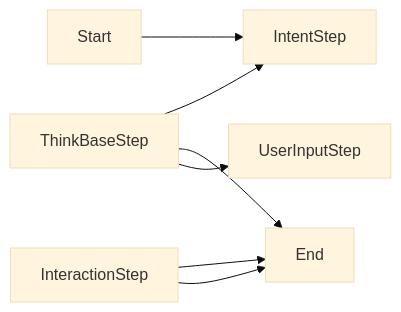
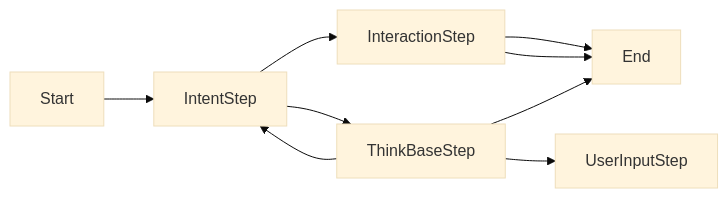
Before and after one commit to aicomply/ThinkBase.SemanticKernel.Process: the diagram in README.md, drawn with Mermaid (base theme). The commit also changed other lines of this file, not shown here.

````diff
--- a/README.md
+++ b/README.md
@@ -36,15 +38,17 @@
 ```mermaid
 flowchart LR
     Start["Start"]
     End["End"]
     IntentStep["IntentStep"]
+    IntentStep["IntentStep"] --> InteractionStep["InteractionStep"]
+    IntentStep["IntentStep"] --> ThinkBaseStep["ThinkBaseStep"]
     ThinkBaseStep["ThinkBaseStep"]
     ThinkBaseStep["ThinkBaseStep"] --> IntentStep["IntentStep"]
     ThinkBaseStep["ThinkBaseStep"] --> End["End"]
     ThinkBaseStep["ThinkBaseStep"] --> UserInputStep["UserInputStep"]
     UserInputStep["UserInputStep"]
     InteractionStep["InteractionStep"]
     InteractionStep["InteractionStep"] --> End["End"]
     Start --> IntentStep["IntentStep"]
     InteractionStep["InteractionStep"] --> End
 ```
````
